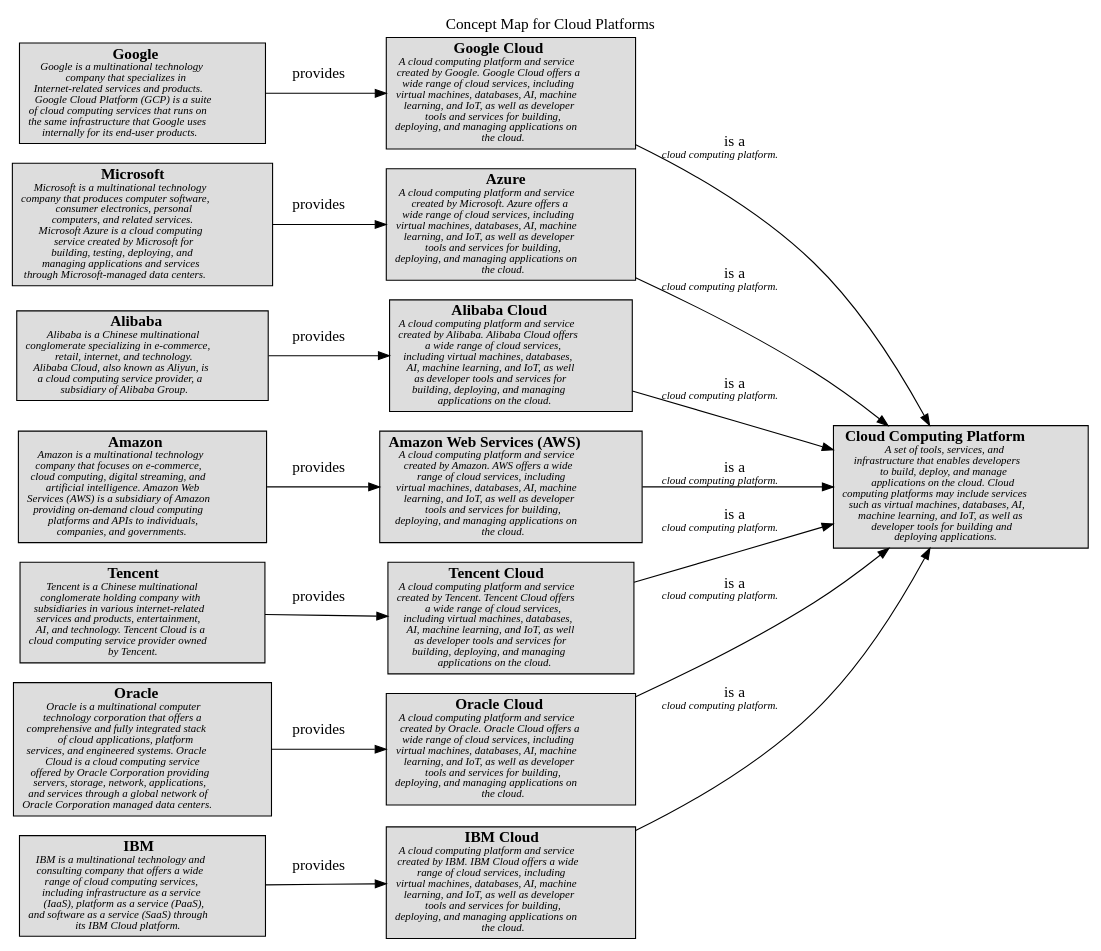
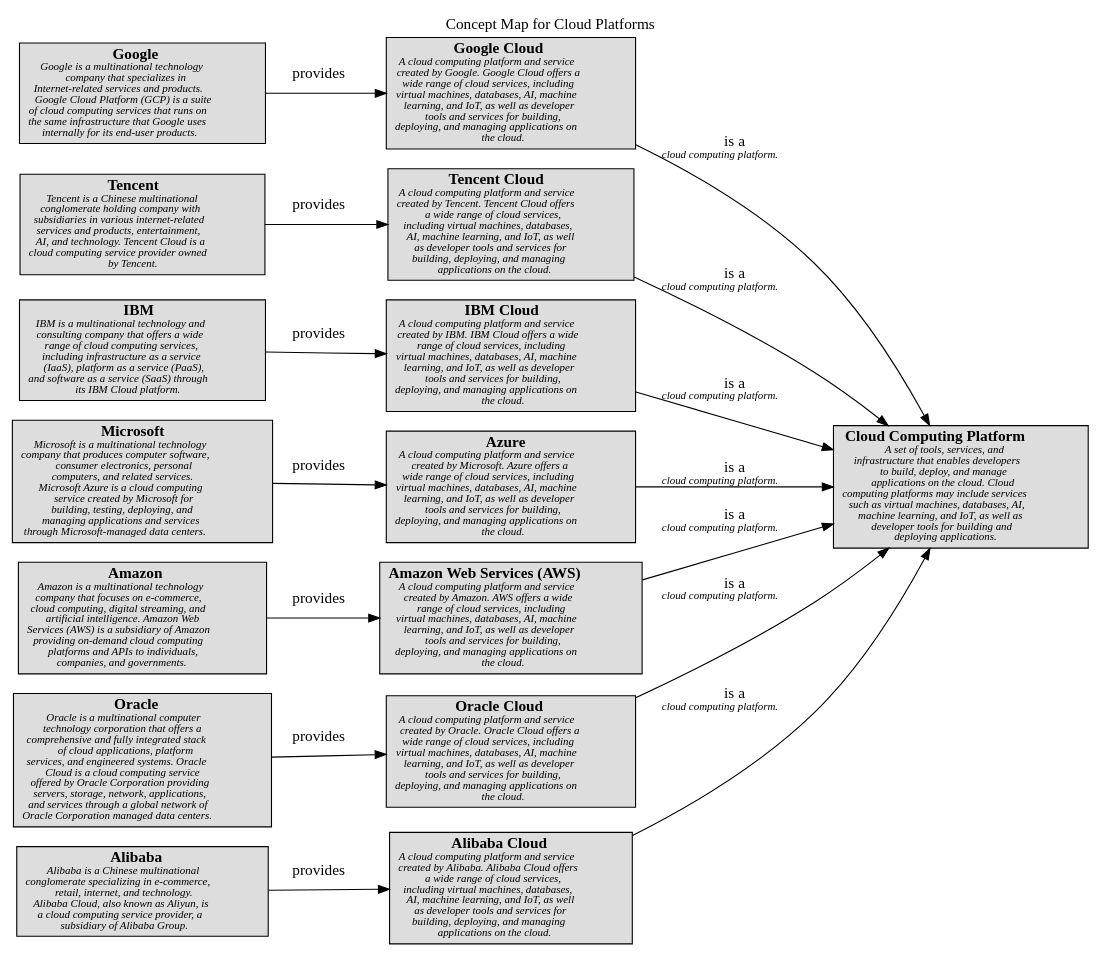
Before and after one commit to lsolbach/overarch-models: the diagram in docs/software-development/cloud/platform/concept-view.dot, drawn with Graphviz. The commit also changed other lines of this file and 137 other files, not shown here.

```diff
--- a/docs/software-development/cloud/platform/concept-view.dot
+++ b/docs/software-development/cloud/platform/concept-view.dot
@@ -1,40 +1,40 @@
 digraph "Concept Map for Cloud Platforms" {
   labelloc= "t"
   label="Concept Map for Cloud Platforms"
   rankdir="LR"
 
   layout=dot
-software_development_cloud_platform__ibm_cloud [shape=box style=filled fillcolor="#dddddd" label=<<B>IBM Cloud</B><BR/><FONT POINT-SIZE="10"><I>A cloud computing platform and service<BR/>created by IBM. IBM Cloud offers a wide<BR/>range of cloud services, including<BR/>virtual machines, databases, AI, machine<BR/>learning, and IoT, as well as developer<BR/>tools and services for building,<BR/>deploying, and managing applications on<BR/>the cloud. </I></FONT>>]
 software_development_cloud_provider__google [shape=box style=filled fillcolor="#dddddd" label=<<B>Google</B><BR/><FONT POINT-SIZE="10"><I>Google is a multinational technology<BR/>company that specializes in<BR/>Internet-related services and products.<BR/>Google Cloud Platform (GCP) is a suite<BR/>of cloud computing services that runs on<BR/>the same infrastructure that Google uses<BR/>internally for its end-user products. </I></FONT>>]
 software_development_cloud_provider__ibm [shape=box style=filled fillcolor="#dddddd" label=<<B>IBM</B><BR/><FONT POINT-SIZE="10"><I>IBM is a multinational technology and<BR/>consulting company that offers a wide<BR/>range of cloud computing services,<BR/>including infrastructure as a service<BR/>(IaaS), platform as a service (PaaS),<BR/>and software as a service (SaaS) through<BR/>its IBM Cloud platform. </I></FONT>>]
 software_development_cloud_provider__amazon [shape=box style=filled fillcolor="#dddddd" label=<<B>Amazon</B><BR/><FONT POINT-SIZE="10"><I>Amazon is a multinational technology<BR/>company that focuses on e-commerce,<BR/>cloud computing, digital streaming, and<BR/>artificial intelligence. Amazon Web<BR/>Services (AWS) is a subsidiary of Amazon<BR/>providing on-demand cloud computing<BR/>platforms and APIs to individuals,<BR/>companies, and governments. </I></FONT>>]
+software_development_cloud_platform__tencent_cloud [shape=box style=filled fillcolor="#dddddd" label=<<B>Tencent Cloud</B><BR/><FONT POINT-SIZE="10"><I>A cloud computing platform and service<BR/>created by Tencent. Tencent Cloud offers<BR/>a wide range of cloud services,<BR/>including virtual machines, databases,<BR/>AI, machine learning, and IoT, as well<BR/>as developer tools and services for<BR/>building, deploying, and managing<BR/>applications on the cloud. </I></FONT>>]
 software_development_cloud_platform__google_cloud [shape=box style=filled fillcolor="#dddddd" label=<<B>Google Cloud</B><BR/><FONT POINT-SIZE="10"><I>A cloud computing platform and service<BR/>created by Google. Google Cloud offers a<BR/>wide range of cloud services, including<BR/>virtual machines, databases, AI, machine<BR/>learning, and IoT, as well as developer<BR/>tools and services for building,<BR/>deploying, and managing applications on<BR/>the cloud. </I></FONT>>]
-software_development_cloud_platform__azure [shape=box style=filled fillcolor="#dddddd" label=<<B>Azure</B><BR/><FONT POINT-SIZE="10"><I>A cloud computing platform and service<BR/>created by Microsoft. Azure offers a<BR/>wide range of cloud services, including<BR/>virtual machines, databases, AI, machine<BR/>learning, and IoT, as well as developer<BR/>tools and services for building,<BR/>deploying, and managing applications on<BR/>the cloud. </I></FONT>>]
+software_development_cloud_platform__ibm_cloud [shape=box style=filled fillcolor="#dddddd" label=<<B>IBM Cloud</B><BR/><FONT POINT-SIZE="10"><I>A cloud computing platform and service<BR/>created by IBM. IBM Cloud offers a wide<BR/>range of cloud services, including<BR/>virtual machines, databases, AI, machine<BR/>learning, and IoT, as well as developer<BR/>tools and services for building,<BR/>deploying, and managing applications on<BR/>the cloud. </I></FONT>>]
 software_development_cloud__cloud_computing_platform [shape=box style=filled fillcolor="#dddddd" label=<<B>Cloud Computing Platform</B><BR/><FONT POINT-SIZE="10"><I>A set of tools, services, and<BR/>infrastructure that enables developers<BR/>to build, deploy, and manage<BR/>applications on the cloud. Cloud<BR/>computing platforms may include services<BR/>such as virtual machines, databases, AI,<BR/>machine learning, and IoT, as well as<BR/>developer tools for building and<BR/>deploying applications. </I></FONT>>]
 software_development_cloud_provider__alibaba [shape=box style=filled fillcolor="#dddddd" label=<<B>Alibaba</B><BR/><FONT POINT-SIZE="10"><I>Alibaba is a Chinese multinational<BR/>conglomerate specializing in e-commerce,<BR/>retail, internet, and technology.<BR/>Alibaba Cloud, also known as Aliyun, is<BR/>a cloud computing service provider, a<BR/>subsidiary of Alibaba Group. </I></FONT>>]
+software_development_cloud_platform__azure [shape=box style=filled fillcolor="#dddddd" label=<<B>Azure</B><BR/><FONT POINT-SIZE="10"><I>A cloud computing platform and service<BR/>created by Microsoft. Azure offers a<BR/>wide range of cloud services, including<BR/>virtual machines, databases, AI, machine<BR/>learning, and IoT, as well as developer<BR/>tools and services for building,<BR/>deploying, and managing applications on<BR/>the cloud. </I></FONT>>]
 software_development_cloud_provider__microsoft [shape=box style=filled fillcolor="#dddddd" label=<<B>Microsoft</B><BR/><FONT POINT-SIZE="10"><I>Microsoft is a multinational technology<BR/>company that produces computer software,<BR/>consumer electronics, personal<BR/>computers, and related services.<BR/>Microsoft Azure is a cloud computing<BR/>service created by Microsoft for<BR/>building, testing, deploying, and<BR/>managing applications and services<BR/>through Microsoft-managed data centers. </I></FONT>>]
 software_development_cloud_provider__tencent [shape=box style=filled fillcolor="#dddddd" label=<<B>Tencent</B><BR/><FONT POINT-SIZE="10"><I>Tencent is a Chinese multinational<BR/>conglomerate holding company with<BR/>subsidiaries in various internet-related<BR/>services and products, entertainment,<BR/>AI, and technology. Tencent Cloud is a<BR/>cloud computing service provider owned<BR/>by Tencent. </I></FONT>>]
+software_development_cloud_platform__aws [shape=box style=filled fillcolor="#dddddd" label=<<B>Amazon Web Services (AWS)</B><BR/><FONT POINT-SIZE="10"><I>A cloud computing platform and service<BR/>created by Amazon. AWS offers a wide<BR/>range of cloud services, including<BR/>virtual machines, databases, AI, machine<BR/>learning, and IoT, as well as developer<BR/>tools and services for building,<BR/>deploying, and managing applications on<BR/>the cloud. </I></FONT>>]
+software_development_cloud_platform__oracle_cloud [shape=box style=filled fillcolor="#dddddd" label=<<B>Oracle Cloud</B><BR/><FONT POINT-SIZE="10"><I>A cloud computing platform and service<BR/>created by Oracle. Oracle Cloud offers a<BR/>wide range of cloud services, including<BR/>virtual machines, databases, AI, machine<BR/>learning, and IoT, as well as developer<BR/>tools and services for building,<BR/>deploying, and managing applications on<BR/>the cloud. </I></FONT>>]
+software_development_cloud_provider__oracle [shape=box style=filled fillcolor="#dddddd" label=<<B>Oracle</B><BR/><FONT POINT-SIZE="10"><I>Oracle is a multinational computer<BR/>technology corporation that offers a<BR/>comprehensive and fully integrated stack<BR/>of cloud applications, platform<BR/>services, and engineered systems. Oracle<BR/>Cloud is a cloud computing service<BR/>offered by Oracle Corporation providing<BR/>servers, storage, network, applications,<BR/>and services through a global network of<BR/>Oracle Corporation managed data centers. </I></FONT>>]
 software_development_cloud_platform__alibaba_cloud [shape=box style=filled fillcolor="#dddddd" label=<<B>Alibaba Cloud</B><BR/><FONT POINT-SIZE="10"><I>A cloud computing platform and service<BR/>created by Alibaba. Alibaba Cloud offers<BR/>a wide range of cloud services,<BR/>including virtual machines, databases,<BR/>AI, machine learning, and IoT, as well<BR/>as developer tools and services for<BR/>building, deploying, and managing<BR/>applications on the cloud. </I></FONT>>]
-software_development_cloud_platform__aws [shape=box style=filled fillcolor="#dddddd" label=<<B>Amazon Web Services (AWS)</B><BR/><FONT POINT-SIZE="10"><I>A cloud computing platform and service<BR/>created by Amazon. AWS offers a wide<BR/>range of cloud services, including<BR/>virtual machines, databases, AI, machine<BR/>learning, and IoT, as well as developer<BR/>tools and services for building,<BR/>deploying, and managing applications on<BR/>the cloud. </I></FONT>>]
-software_development_cloud_provider__oracle [shape=box style=filled fillcolor="#dddddd" label=<<B>Oracle</B><BR/><FONT POINT-SIZE="10"><I>Oracle is a multinational computer<BR/>technology corporation that offers a<BR/>comprehensive and fully integrated stack<BR/>of cloud applications, platform<BR/>services, and engineered systems. Oracle<BR/>Cloud is a cloud computing service<BR/>offered by Oracle Corporation providing<BR/>servers, storage, network, applications,<BR/>and services through a global network of<BR/>Oracle Corporation managed data centers. </I></FONT>>]
-software_development_cloud_platform__tencent_cloud [shape=box style=filled fillcolor="#dddddd" label=<<B>Tencent Cloud</B><BR/><FONT POINT-SIZE="10"><I>A cloud computing platform and service<BR/>created by Tencent. Tencent Cloud offers<BR/>a wide range of cloud services,<BR/>including virtual machines, databases,<BR/>AI, machine learning, and IoT, as well<BR/>as developer tools and services for<BR/>building, deploying, and managing<BR/>applications on the cloud. </I></FONT>>]
-software_development_cloud_platform__oracle_cloud [shape=box style=filled fillcolor="#dddddd" label=<<B>Oracle Cloud</B><BR/><FONT POINT-SIZE="10"><I>A cloud computing platform and service<BR/>created by Oracle. Oracle Cloud offers a<BR/>wide range of cloud services, including<BR/>virtual machines, databases, AI, machine<BR/>learning, and IoT, as well as developer<BR/>tools and services for building,<BR/>deploying, and managing applications on<BR/>the cloud. </I></FONT>>]
  
 software_development_cloud_platform__ibm_cloud -> software_development_cloud__cloud_computing_platform [label=<is a<BR/><FONT POINT-SIZE="10"><I>cloud computing platform. </I></FONT>>]
 software_development_cloud_platform__alibaba_cloud -> software_development_cloud__cloud_computing_platform [label=<is a<BR/><FONT POINT-SIZE="10"><I>cloud computing platform. </I></FONT>>]
 software_development_cloud_provider__alibaba -> software_development_cloud_platform__alibaba_cloud [label=<provides<BR/><FONT POINT-SIZE="10"><I> </I></FONT>>]
 software_development_cloud_platform__oracle_cloud -> software_development_cloud__cloud_computing_platform [label=<is a<BR/><FONT POINT-SIZE="10"><I>cloud computing platform. </I></FONT>>]
 software_development_cloud_provider__ibm -> software_development_cloud_platform__ibm_cloud [label=<provides<BR/><FONT POINT-SIZE="10"><I> </I></FONT>>]
 software_development_cloud_provider__oracle -> software_development_cloud_platform__oracle_cloud [label=<provides<BR/><FONT POINT-SIZE="10"><I> </I></FONT>>]
 software_development_cloud_platform__google_cloud -> software_development_cloud__cloud_computing_platform [label=<is a<BR/><FONT POINT-SIZE="10"><I>cloud computing platform. </I></FONT>>]
 software_development_cloud_provider__amazon -> software_development_cloud_platform__aws [label=<provides<BR/><FONT POINT-SIZE="10"><I> </I></FONT>>]
 software_development_cloud_platform__azure -> software_development_cloud__cloud_computing_platform [label=<is a<BR/><FONT POINT-SIZE="10"><I>cloud computing platform. </I></FONT>>]
 software_development_cloud_platform__tencent_cloud -> software_development_cloud__cloud_computing_platform [label=<is a<BR/><FONT POINT-SIZE="10"><I>cloud computing platform. </I></FONT>>]
 software_development_cloud_provider__microsoft -> software_development_cloud_platform__azure [label=<provides<BR/><FONT POINT-SIZE="10"><I> </I></FONT>>]
 software_development_cloud_provider__tencent -> software_development_cloud_platform__tencent_cloud [label=<provides<BR/><FONT POINT-SIZE="10"><I> </I></FONT>>]
 software_development_cloud_platform__aws -> software_development_cloud__cloud_computing_platform [label=<is a<BR/><FONT POINT-SIZE="10"><I>cloud computing platform. </I></FONT>>]
 software_development_cloud_provider__google -> software_development_cloud_platform__google_cloud [label=<provides<BR/><FONT POINT-SIZE="10"><I> </I></FONT>>]
  
 }
 
 // (generated by Overarch with template views/view.dot.cmb)
```
